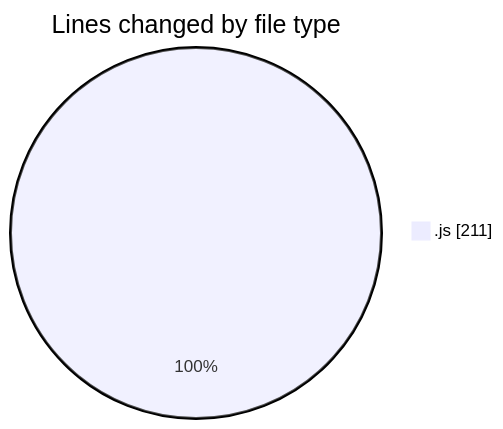
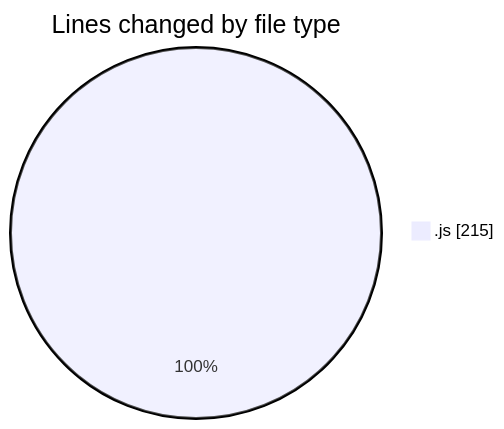
The first of 2 diagrams in 2025-06-18/nxtqube_webapp/README.md (nxtqubesakshisongat/code-tracking), drawn with Mermaid before and after one commit. The commit also changed other lines of this file and 1 other file, not shown here.

````diff
--- a/2025-06-18/nxtqube_webapp/README.md
+++ b/2025-06-18/nxtqube_webapp/README.md
@@ -20,5 +20,5 @@
 ```mermaid
 pie showData
 title Lines changed by file type
-".js" : 211
+".js" : 215
 ```
````
